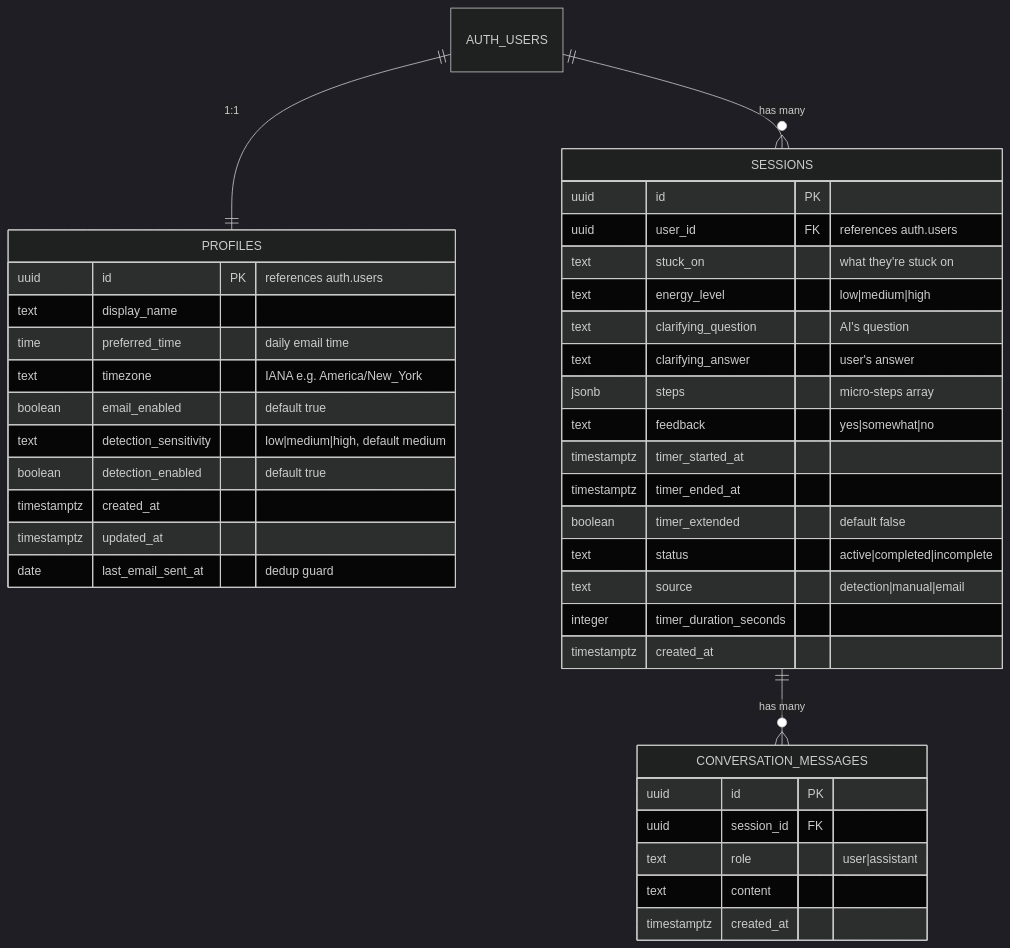
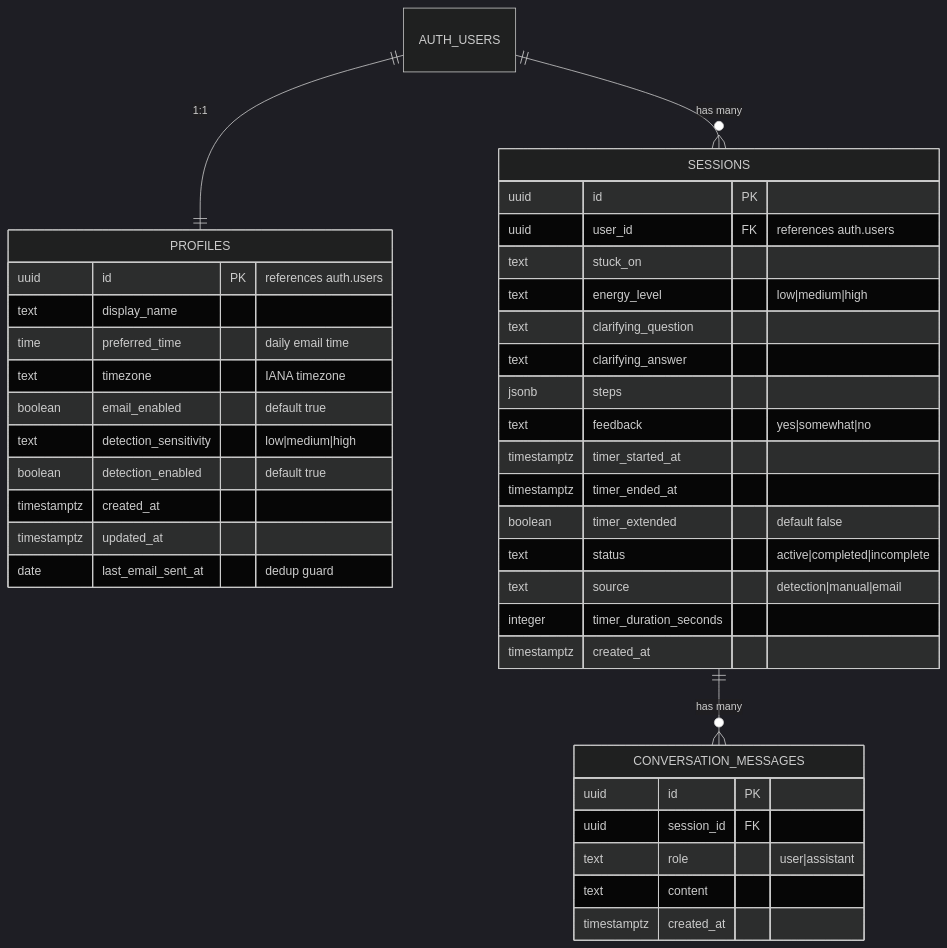
One commit to p-kreglicki/unstuck-sensei changed the diagram in docs/plans/2026-03-14-feat-unstuck-sensei-tauri-desktop-mvp-plan.md. Above: the diagram before and after it, drawn with Mermaid (dark theme). The commit also changed other lines of this file and 1 other file, not shown here.

````diff
--- a/docs/plans/2026-03-14-feat-unstuck-sensei-tauri-desktop-mvp-plan.md
+++ b/docs/plans/2026-03-14-feat-unstuck-sensei-tauri-desktop-mvp-plan.md
@@ -176,45 +167,45 @@
 ```mermaid
 erDiagram
     AUTH_USERS ||--|| PROFILES : "1:1"
     AUTH_USERS ||--o{ SESSIONS : "has many"
     SESSIONS ||--o{ CONVERSATION_MESSAGES : "has many"
 
     PROFILES {
         uuid id PK "references auth.users"
         text display_name
         time preferred_time "daily email time"
-        text timezone "IANA e.g. America/New_York"
+        text timezone "IANA timezone"
         boolean email_enabled "default true"
-        text detection_sensitivity "low|medium|high, default medium"
+        text detection_sensitivity "low|medium|high"
         boolean detection_enabled "default true"
         timestamptz created_at
         timestamptz updated_at
         date last_email_sent_at "dedup guard"
     }
 
     SESSIONS {
         uuid id PK
         uuid user_id FK "references auth.users"
-        text stuck_on "what they're stuck on"
+        text stuck_on
         text energy_level "low|medium|high"
-        text clarifying_question "AI's question"
-        text clarifying_answer "user's answer"
-        jsonb steps "micro-steps array"
+        text clarifying_question
+        text clarifying_answer
+        jsonb steps
         text feedback "yes|somewhat|no"
         timestamptz timer_started_at
         timestamptz timer_ended_at
         boolean timer_extended "default false"
         text status "active|completed|incomplete"
         text source "detection|manual|email"
         integer timer_duration_seconds
         timestamptz created_at
     }
 
     CONVERSATION_MESSAGES {
         uuid id PK
         uuid session_id FK
         text role "user|assistant"
         text content
         timestamptz created_at
     }
 ```
````
